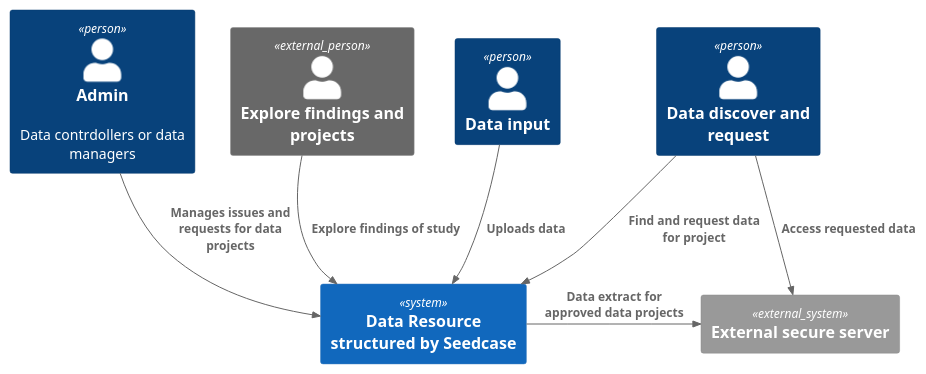
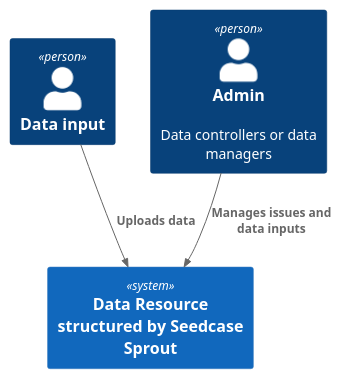
The diagram in docs/design/images/context.puml (signekb/seedcase-sprout), drawn with PlantUML before and after one commit.

Commit message:
fix: :building_construction: Update C4 Context diagram to include only Sprout.
Not sure if this is actually too simple...

Related to #8

```diff
--- a/docs/design/images/context.puml
+++ b/docs/design/images/context.puml
@@ -1,21 +1,13 @@
-@startuml
+@startuml context
 !include https://raw.githubusercontent.com/plantuml-stdlib/C4-PlantUML/master/C4_Context.puml
 
 Person(user_data_input, "Data input")
-Person(user_data_request, "Data discover and request")
-Person(user_admin, "Admin", "Data contrdollers or data managers")
+Person(user_admin, "Admin", "Data controllers or data managers")
 
-Person_Ext(user_results, "Explore findings and projects")
+'Lay_Right(user_admin, user_results)
 
-Lay_Right(user_admin, user_results)
-
-System(ui, "Data Resource structured by Seedcase")
-System_Ext(external_server, "External secure server")
+System(ui, "Data Resource structured by Seedcase Sprout")
 
 Rel(user_data_input, ui, "Uploads data")
-Rel(user_data_request, ui, "Find and request data for project")
-Rel(user_results, ui, "Explore findings of study")
-Rel(user_admin, ui, "Manages issues and requests for data projects")
-Rel_Right(ui, external_server, "Data extract for approved data projects")
-Rel(user_data_request, external_server, "Access requested data")
+Rel(user_admin, ui, "Manages issues and data inputs")
 @enduml
```
